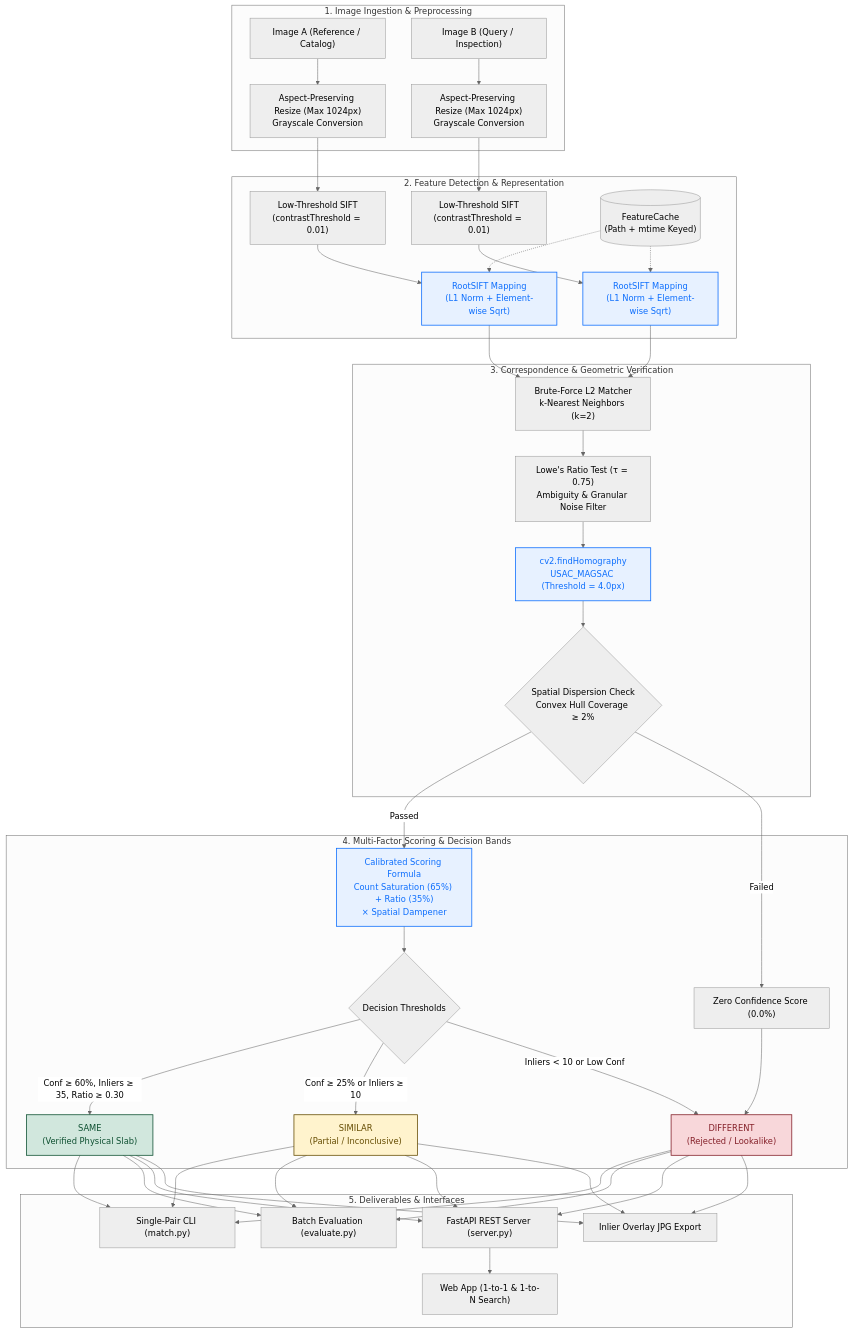
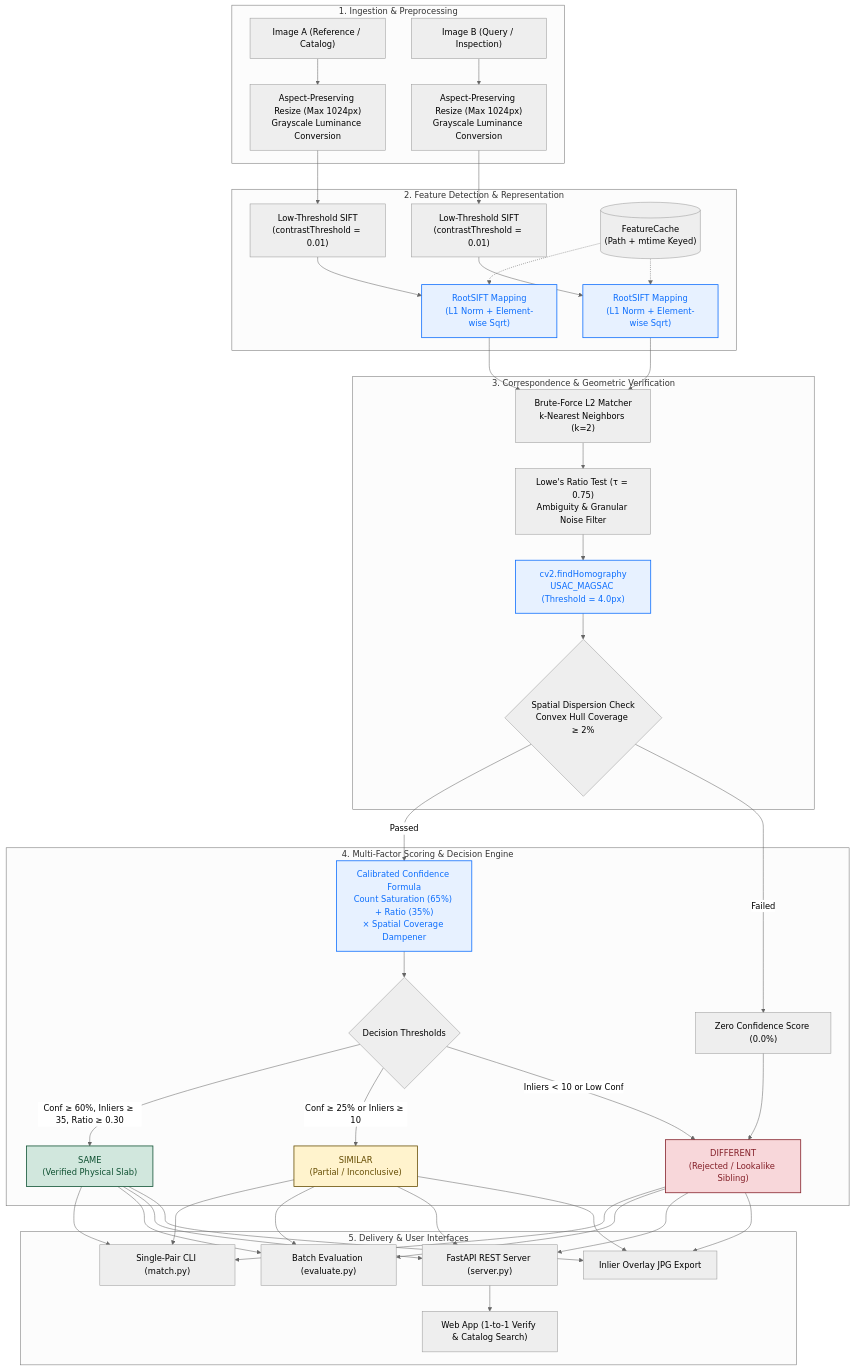
The first of 2 diagrams in README.md (SachinManral/nmg-imageprocessing), drawn with Mermaid (neutral theme) before and after one commit. The commit also changed other lines of this file and 1 other file, not shown here.

````diff
--- a/README.md
+++ b/README.md
@@ -57,51 +59,51 @@
 ```mermaid
 flowchart TD
-    subgraph INGESTION["1. Image Ingestion & Preprocessing"]
-        ImgA["Image A (Reference / Catalog)"] --> PrepA["Aspect-Preserving Resize (Max 1024px)<br/>Grayscale Conversion"]
-        ImgB["Image B (Query / Inspection)"] --> PrepB["Aspect-Preserving Resize (Max 1024px)<br/>Grayscale Conversion"]
+    subgraph INGESTION["1. Ingestion & Preprocessing"]
+        ImgA["Image A (Reference / Catalog)"] --> PrepA["Aspect-Preserving Resize (Max 1024px)<br/>Grayscale Luminance Conversion"]
+        ImgB["Image B (Query / Inspection)"] --> PrepB["Aspect-Preserving Resize (Max 1024px)<br/>Grayscale Luminance Conversion"]
     end
 
     subgraph FEATURES["2. Feature Detection & Representation"]
         PrepA --> SIFT_A["Low-Threshold SIFT<br/>(contrastThreshold = 0.01)"]
         PrepB --> SIFT_B["Low-Threshold SIFT<br/>(contrastThreshold = 0.01)"]
         SIFT_A --> RS_A["RootSIFT Mapping<br/>(L1 Norm + Element-wise Sqrt)"]
         SIFT_B --> RS_B["RootSIFT Mapping<br/>(L1 Norm + Element-wise Sqrt)"]
         CACHE[("FeatureCache<br/>(Path + mtime Keyed)")] -.-> RS_A
         CACHE -.-> RS_B
     end
 
     subgraph MATCHING["3. Correspondence & Geometric Verification"]
         RS_A & RS_B --> BF["Brute-Force L2 Matcher<br/>k-Nearest Neighbors (k=2)"]
         BF --> LOWE["Lowe's Ratio Test (τ = 0.75)<br/>Ambiguity & Granular Noise Filter"]
         LOWE --> MAGSAC["cv2.findHomography<br/>USAC_MAGSAC (Threshold = 4.0px)"]
         MAGSAC --> SPATIAL{"Spatial Dispersion Check<br/>Convex Hull Coverage ≥ 2%"}
     end
 
-    subgraph SCORING["4. Multi-Factor Scoring & Decision Bands"]
-        SPATIAL -- Passed --> ENGINE["Calibrated Scoring Formula<br/>Count Saturation (65%) + Ratio (35%)<br/>× Spatial Dampener"]
+    subgraph SCORING["4. Multi-Factor Scoring & Decision Engine"]
+        SPATIAL -- Passed --> ENGINE["Calibrated Confidence Formula<br/>Count Saturation (65%) + Ratio (35%)<br/>× Spatial Coverage Dampener"]
         SPATIAL -- Failed --> ZERO["Zero Confidence Score (0.0%)"]
         ENGINE --> TRIAD{"Decision Thresholds"}
-        ZERO --> BAND_DIFF["DIFFERENT<br/>(Rejected / Lookalike)"]
+        ZERO --> BAND_DIFF["DIFFERENT<br/>(Rejected / Lookalike Sibling)"]
         TRIAD -- "Conf ≥ 60%, Inliers ≥ 35, Ratio ≥ 0.30" --> BAND_SAME["SAME<br/>(Verified Physical Slab)"]
         TRIAD -- "Conf ≥ 25% or Inliers ≥ 10" --> BAND_SIM["SIMILAR<br/>(Partial / Inconclusive)"]
         TRIAD -- "Inliers < 10 or Low Conf" --> BAND_DIFF
     end
 
-    subgraph OUTPUTS["5. Deliverables & Interfaces"]
+    subgraph PRESENTATION["5. Delivery & User Interfaces"]
         BAND_SAME & BAND_SIM & BAND_DIFF --> CLI["Single-Pair CLI (match.py)"]
         BAND_SAME & BAND_SIM & BAND_DIFF --> BATCH["Batch Evaluation (evaluate.py)"]
         BAND_SAME & BAND_SIM & BAND_DIFF --> API["FastAPI REST Server (server.py)"]
-        API --> UI["Web App (1-to-1 & 1-to-N Search)"]
+        API --> UI["Web App (1-to-1 Verify & Catalog Search)"]
         BAND_SAME & BAND_SIM & BAND_DIFF --> VIZ["Inlier Overlay JPG Export"]
     end
 
     classDef success fill:#d1e7dd,stroke:#0f5132,stroke-width:1.5px,color:#0f5132;
     classDef warning fill:#fff3cd,stroke:#664d03,stroke-width:1.5px,color:#664d03;
     classDef danger fill:#f8d7da,stroke:#842029,stroke-width:1.5px,color:#842029;
     classDef highlight fill:#e7f1ff,stroke:#0d6efd,stroke-width:1.5px,color:#0d6efd;
 
     class BAND_SAME success;
     class BAND_SIM warning;
     class BAND_DIFF danger;
     class ENGINE,MAGSAC,RS_A,RS_B highlight;
 ```
````
